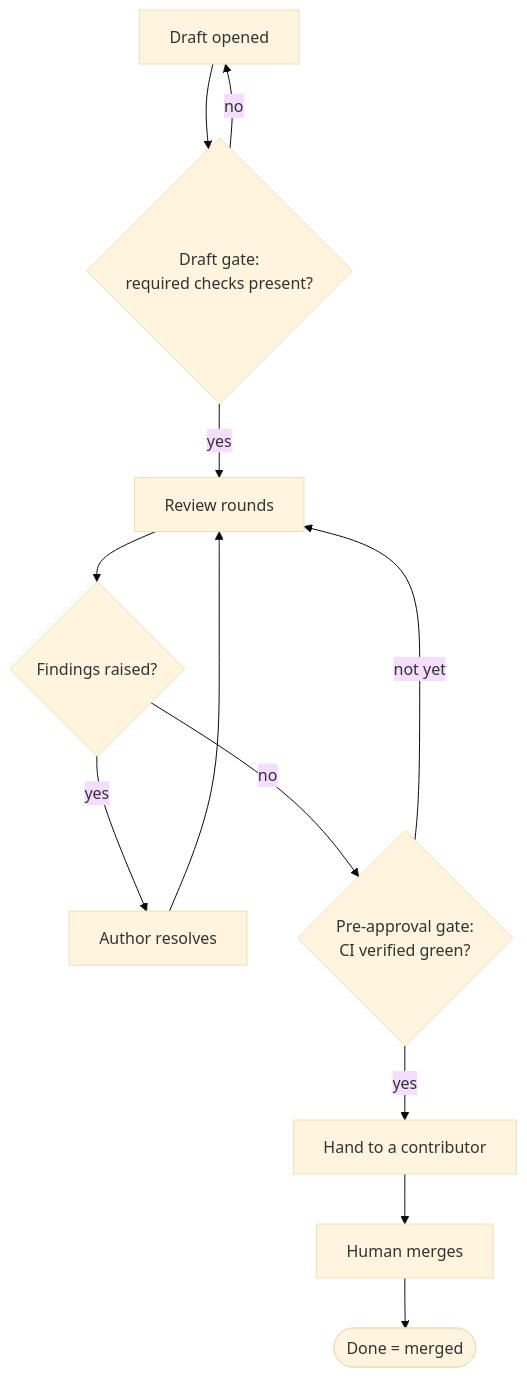
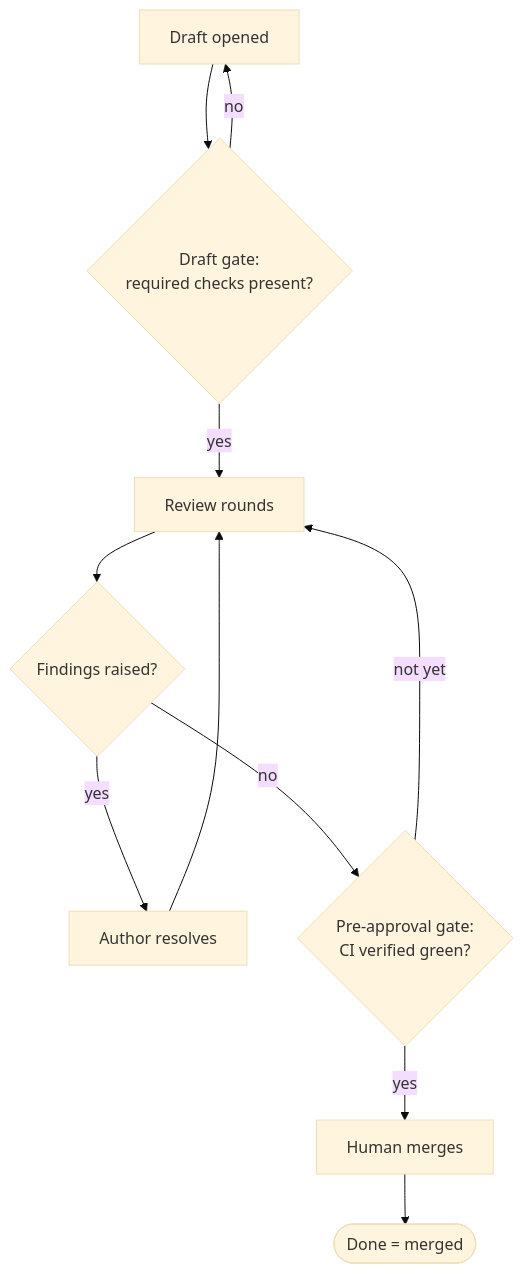
The second of 8 diagrams in docs/articles/dev-loops-deep-dive.md (mfittko/dev-loops), drawn with Mermaid (base theme) before and after one commit. The commit also changed other lines of this file and 5 other files, not shown here.

````diff
--- a/docs/articles/dev-loops-deep-dive.md
+++ b/docs/articles/dev-loops-deep-dive.md
@@ -60,13 +78,12 @@
 ```mermaid
 flowchart TD
   A[Draft opened] --> B{Draft gate:<br/>required checks present?}
   B -- no --> A
   B -- yes --> C[Review rounds]
   C --> D{Findings raised?}
   D -- yes --> E[Author resolves] --> C
   D -- no --> F{Pre-approval gate:<br/>CI verified green?}
   F -- not yet --> C
-  F -- yes --> G[Hand to a contributor]
-  G --> H[Human merges]
-  H --> I([Done = merged])
+  F -- yes --> G[Human merges]
+  G --> H([Done = merged])
 ```
````
